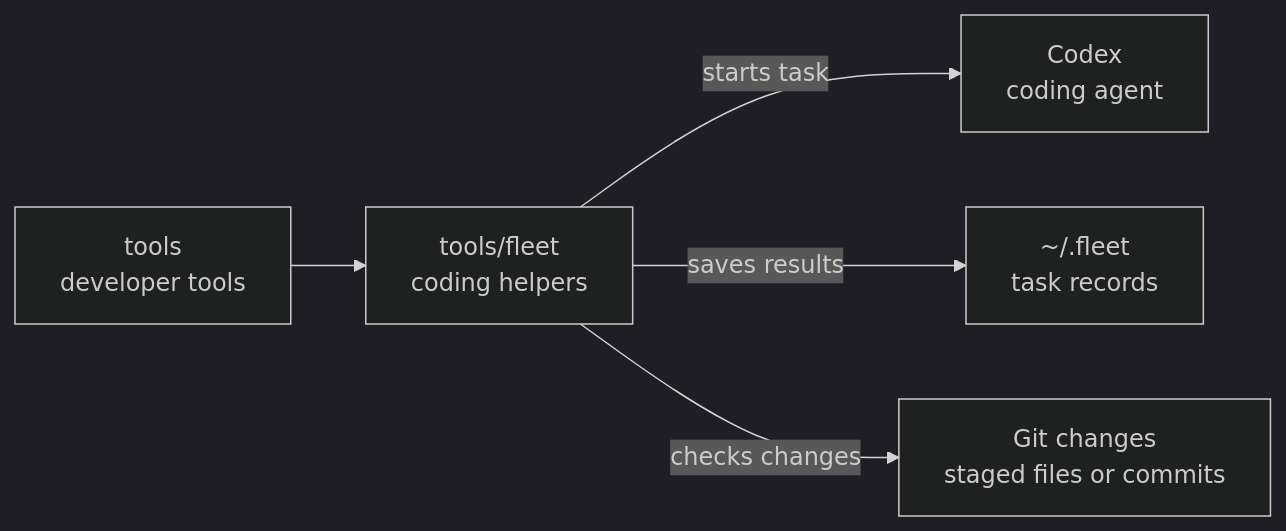
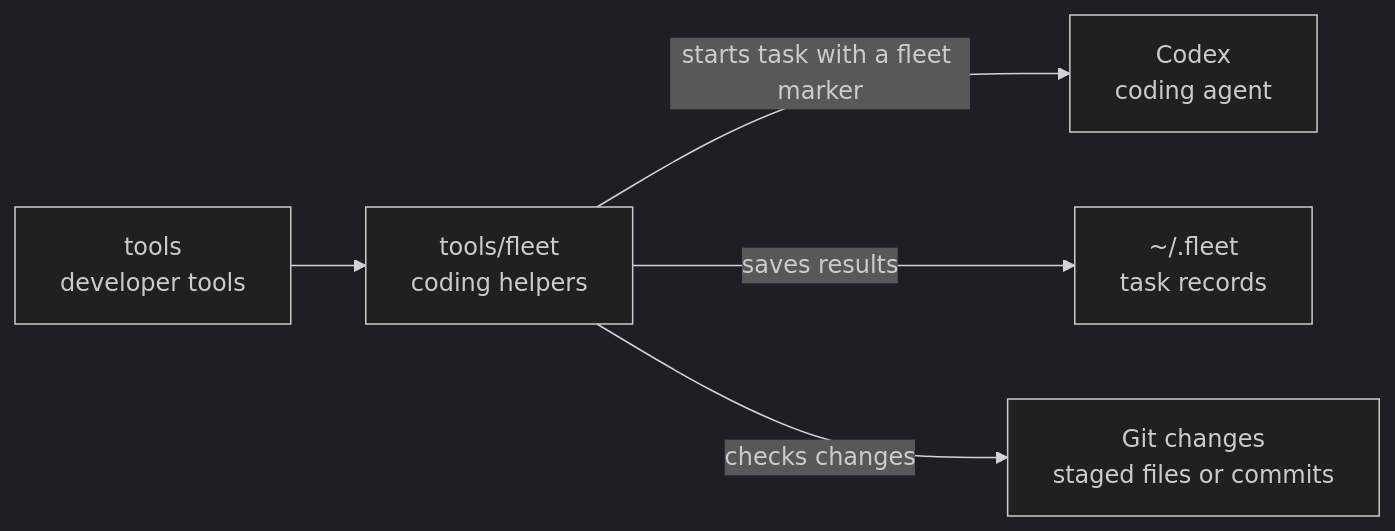
The diagram in tools/fleet/README.md (elewa-git/opencrane-new), drawn with Mermaid (dark theme) before and after one commit. The commit also changed other lines of this file and 10 other files, not shown here.

Commit message:
🔐 Refuse automated owner seeding and mark every fleet task

````diff
--- a/tools/fleet/README.md
+++ b/tools/fleet/README.md
@@ -15,7 +15,7 @@
 ```mermaid
 flowchart LR
   tools["tools<br/>developer tools"] --> fleet["tools/fleet<br/>coding helpers"]
-  fleet -->|starts task| codex["Codex<br/>coding agent"]
+  fleet -->|starts task with a fleet marker| codex["Codex<br/>coding agent"]
   fleet -->|saves results| logs["~/.fleet<br/>task records"]
   fleet -->|checks changes| git["Git changes<br/>staged files or commits"]
 ```
````
